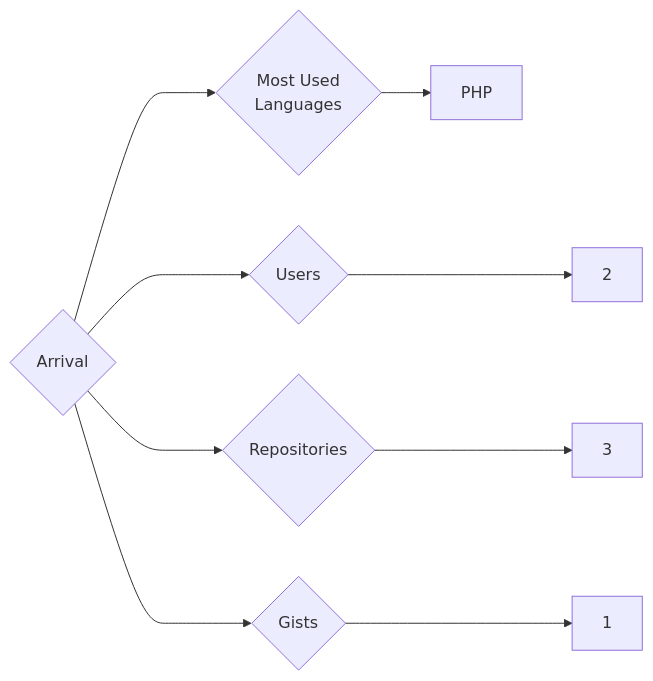
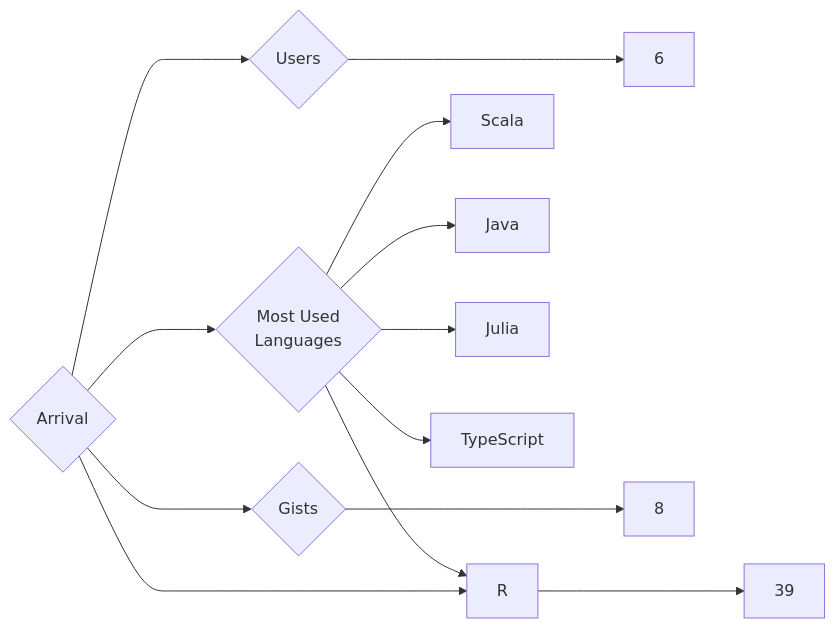
The diagram in targets/Arrival/README.md (trickest/insiders), drawn with Mermaid before and after one commit. The commit also changed 939 other files, not shown here.

````diff
--- a/targets/Arrival/README.md
+++ b/targets/Arrival/README.md
@@ -3,9 +3,13 @@
 ```mermaid
 graph LR
 COMPANY_NAME{Arrival}
-COMPANY_NAME ---> U{Users} ---> UN[2]
-COMPANY_NAME ---> R{Repositories} ---> RN[3]
-COMPANY_NAME ---> G{Gists} ---> GN[1]
+COMPANY_NAME ---> U{Users} ---> UN[6]
+COMPANY_NAME ---> R{Repositories} ---> RN[39]
+COMPANY_NAME ---> G{Gists} ---> GN[8]
 COMPANY_NAME ---> ML{Most Used<br>Languages}
-ML --> PHP[PHP]
+ML --> Scala[Scala]
+ML --> Java[Java]
+ML --> R[R]
+ML --> Julia[Julia]
+ML --> TypeScript[TypeScript]
 ```
````
